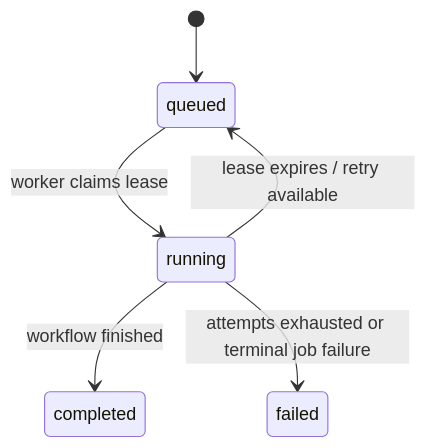
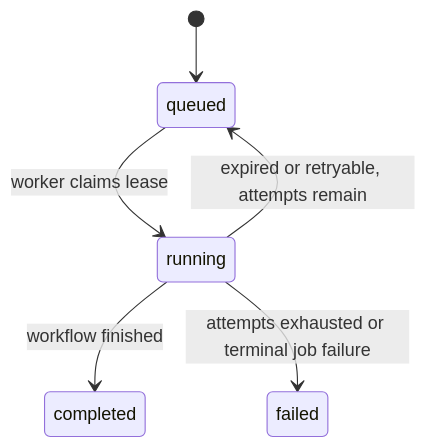
One commit to bpsong/pdfdoc_extraction changed the third of 5 diagrams in docs/architecture/workflow-and-state.md. Above: the diagram before and after it, drawn with Mermaid. The commit also changed other lines of this file and 81 other files, not shown here.

Commit message:
new roadmap r3 implementation

````diff
--- a/docs/architecture/workflow-and-state.md
+++ b/docs/architecture/workflow-and-state.md
@@ -115,8 +115,8 @@
 ```mermaid
 stateDiagram-v2
     [*] --> queued
     queued --> running: worker claims lease
-    running --> queued: lease expires / retry available
+    running --> queued: expired or retryable, attempts remain
     running --> completed: workflow finished
     running --> failed: attempts exhausted or terminal job failure
 ```
````
